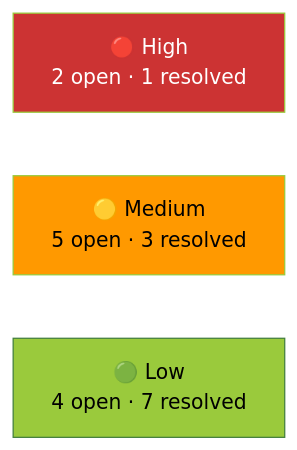
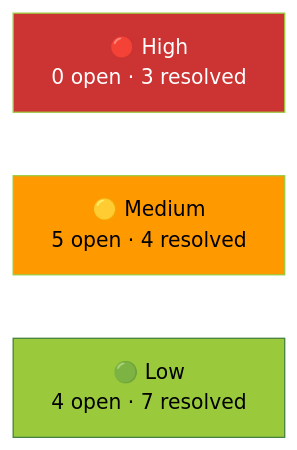
The diagram in docs/tech-debt.md (marcelofrau/xb-homebrew-vault), drawn with Mermaid before and after one commit. The commit also changed other lines of this file and 17 other files, not shown here.

````diff
--- a/docs/tech-debt.md
+++ b/docs/tech-debt.md
@@ -249,10 +253,10 @@
 ```mermaid
 graph LR
-    H["🔴 High<br/>2 open · 1 resolved"]
-    M["🟡 Medium<br/>5 open · 3 resolved"]
+    H["🔴 High<br/>0 open · 3 resolved"]
+    M["🟡 Medium<br/>5 open · 4 resolved"]
     L["🟢 Low<br/>4 open · 7 resolved"]
     
     style H fill:#CC3333,stroke:#9ACA3C,color:#fff
     style M fill:#FF9900,stroke:#9ACA3C,color:#000
     style L fill:#9ACA3C,stroke:#447F3E,color:#000
 ```
````
